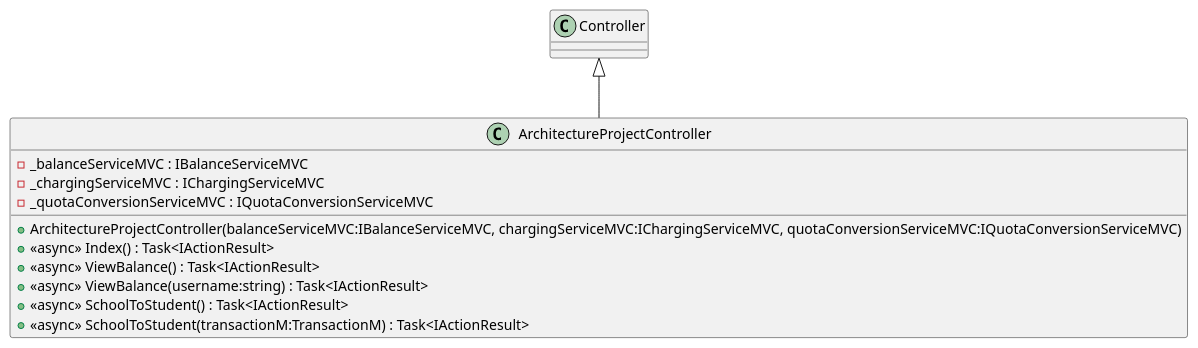
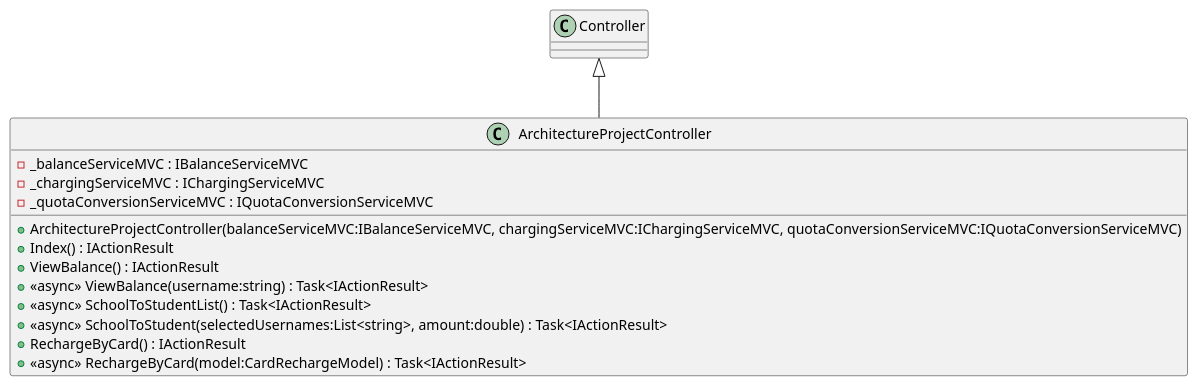
The diagram in generatedPuml/MVC_ArchitectureProject/Controllers/ArchitectureProjectController.puml (Poluux/ArchitectureProject), drawn with PlantUML before and after one commit. The commit also changed 32 other files, not shown here.

```diff
--- a/generatedPuml/MVC_ArchitectureProject/Controllers/ArchitectureProjectController.puml
+++ b/generatedPuml/MVC_ArchitectureProject/Controllers/ArchitectureProjectController.puml
@@ -1,14 +1,16 @@
 @startuml
 class ArchitectureProjectController {
     - _balanceServiceMVC : IBalanceServiceMVC
     - _chargingServiceMVC : IChargingServiceMVC
     - _quotaConversionServiceMVC : IQuotaConversionServiceMVC
     + ArchitectureProjectController(balanceServiceMVC:IBalanceServiceMVC, chargingServiceMVC:IChargingServiceMVC, quotaConversionServiceMVC:IQuotaConversionServiceMVC)
-    + <<async>> Index() : Task<IActionResult>
-    + <<async>> ViewBalance() : Task<IActionResult>
+    + Index() : IActionResult
+    + ViewBalance() : IActionResult
     + <<async>> ViewBalance(username:string) : Task<IActionResult>
-    + <<async>> SchoolToStudent() : Task<IActionResult>
-    + <<async>> SchoolToStudent(transactionM:TransactionM) : Task<IActionResult>
+    + <<async>> SchoolToStudentList() : Task<IActionResult>
+    + <<async>> SchoolToStudent(selectedUsernames:List<string>, amount:double) : Task<IActionResult>
+    + RechargeByCard() : IActionResult
+    + <<async>> RechargeByCard(model:CardRechargeModel) : Task<IActionResult>
 }
 Controller <|-- ArchitectureProjectController
 @enduml
```
